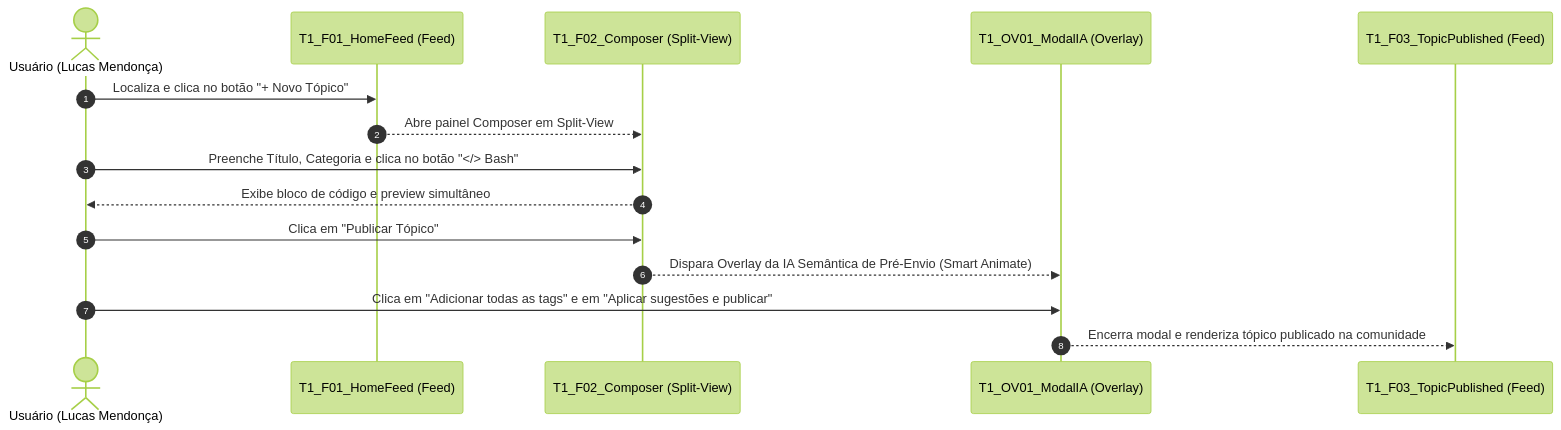
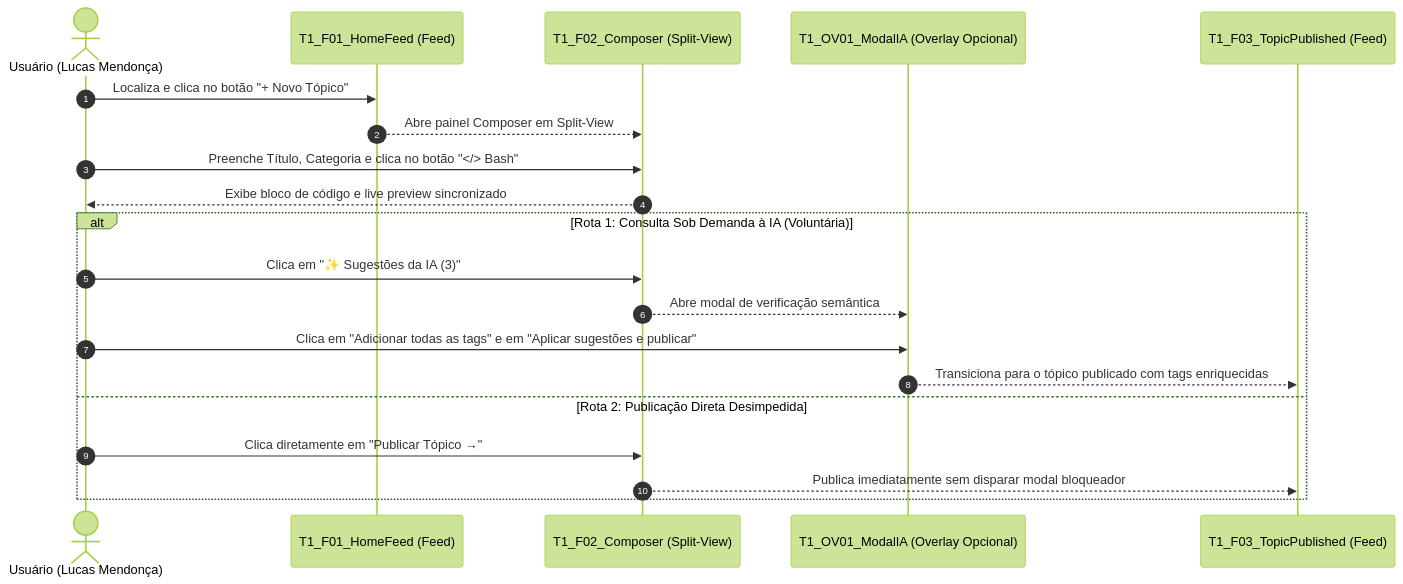
One commit to Interacao-Humano-Computador/2026.2-Grupo08 changed the diagram in docs/design-avaliacao-desenvolvimento/nivel-3/prototipo-alta-fidelidade.md. Above: the diagram before and after it, drawn with Mermaid (forest theme). The commit also changed other lines of this file and 4 other files, not shown here.

````diff
--- a/docs/design-avaliacao-desenvolvimento/nivel-3/prototipo-alta-fidelidade.md
+++ b/docs/design-avaliacao-desenvolvimento/nivel-3/prototipo-alta-fidelidade.md
@@ -80,18 +82,24 @@
 ```mermaid
 sequenceDiagram
     autonumber
     actor U as Usuário (Lucas Mendonça)
     participant F1 as T1_F01_HomeFeed (Feed)
     participant F2 as T1_F02_Composer (Split-View)
-    participant OV as T1_OV01_ModalIA (Overlay)
+    participant OV as T1_OV01_ModalIA (Overlay Opcional)
     participant F3 as T1_F03_TopicPublished (Feed)
 
     U->>F1: Localiza e clica no botão "+ Novo Tópico"
     F1-->>F2: Abre painel Composer em Split-View
     U->>F2: Preenche Título, Categoria e clica no botão "</> Bash"
-    F2-->>U: Exibe bloco de código e preview simultâneo
-    U->>F2: Clica em "Publicar Tópico"
-    F2-->>OV: Dispara Overlay da IA Semântica de Pré-Envio (Smart Animate)
-    U->>OV: Clica em "Adicionar todas as tags" e em "Aplicar sugestões e publicar"
-    OV-->>F3: Encerra modal e renderiza tópico publicado na comunidade
+    F2-->>U: Exibe bloco de código e live preview sincronizado
+    
+    alt Rota 1: Consulta Sob Demanda à IA (Voluntária)
+        U->>F2: Clica em "✨ Sugestões da IA (3)"
+        F2-->>OV: Abre modal de verificação semântica
+        U->>OV: Clica em "Adicionar todas as tags" e em "Aplicar sugestões e publicar"
+        OV-->>F3: Transiciona para o tópico publicado com tags enriquecidas
+    else Rota 2: Publicação Direta Desimpedida
+        U->>F2: Clica diretamente em "Publicar Tópico →"
+        F2-->>F3: Publica imediatamente sem disparar modal bloqueador
+    end
 ```
````
